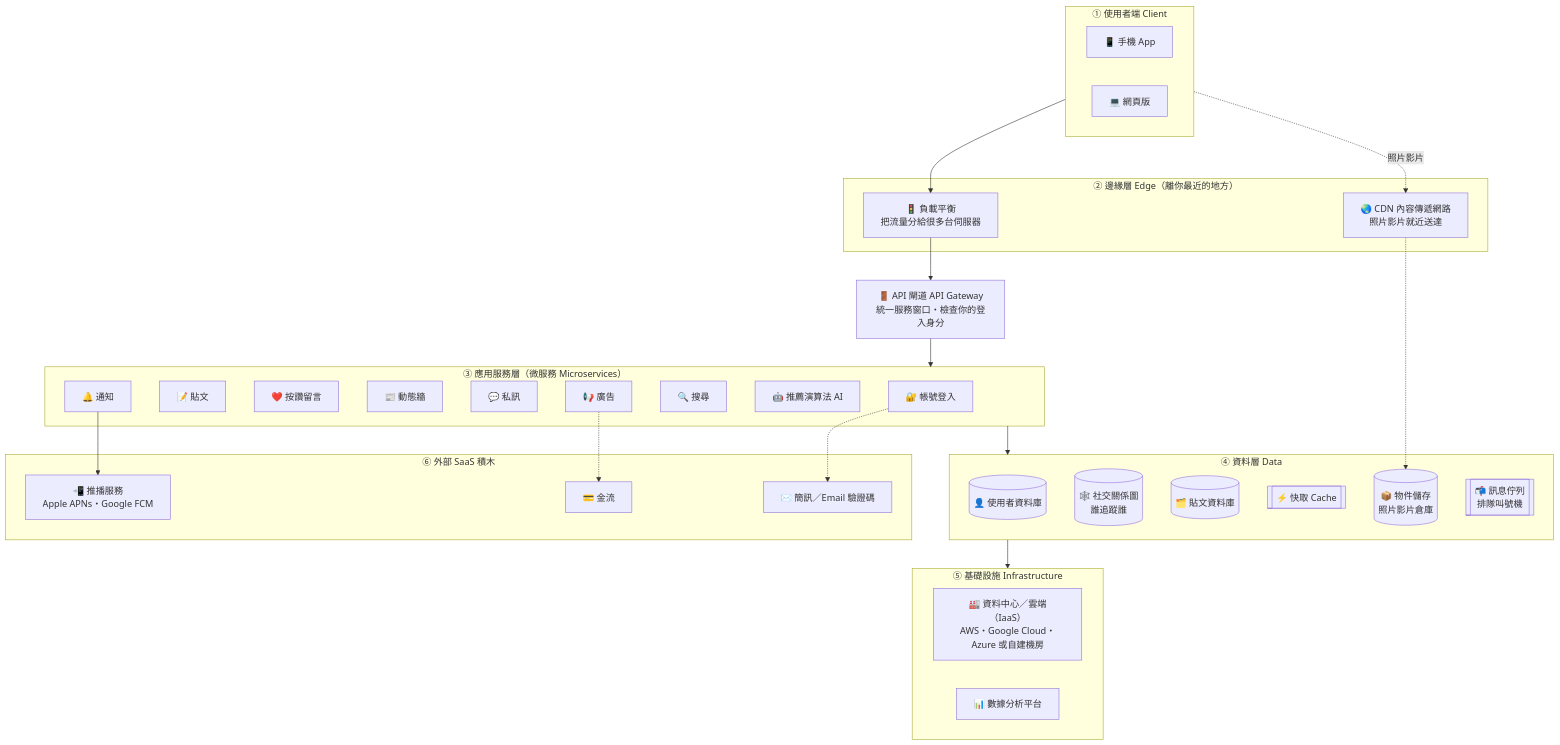
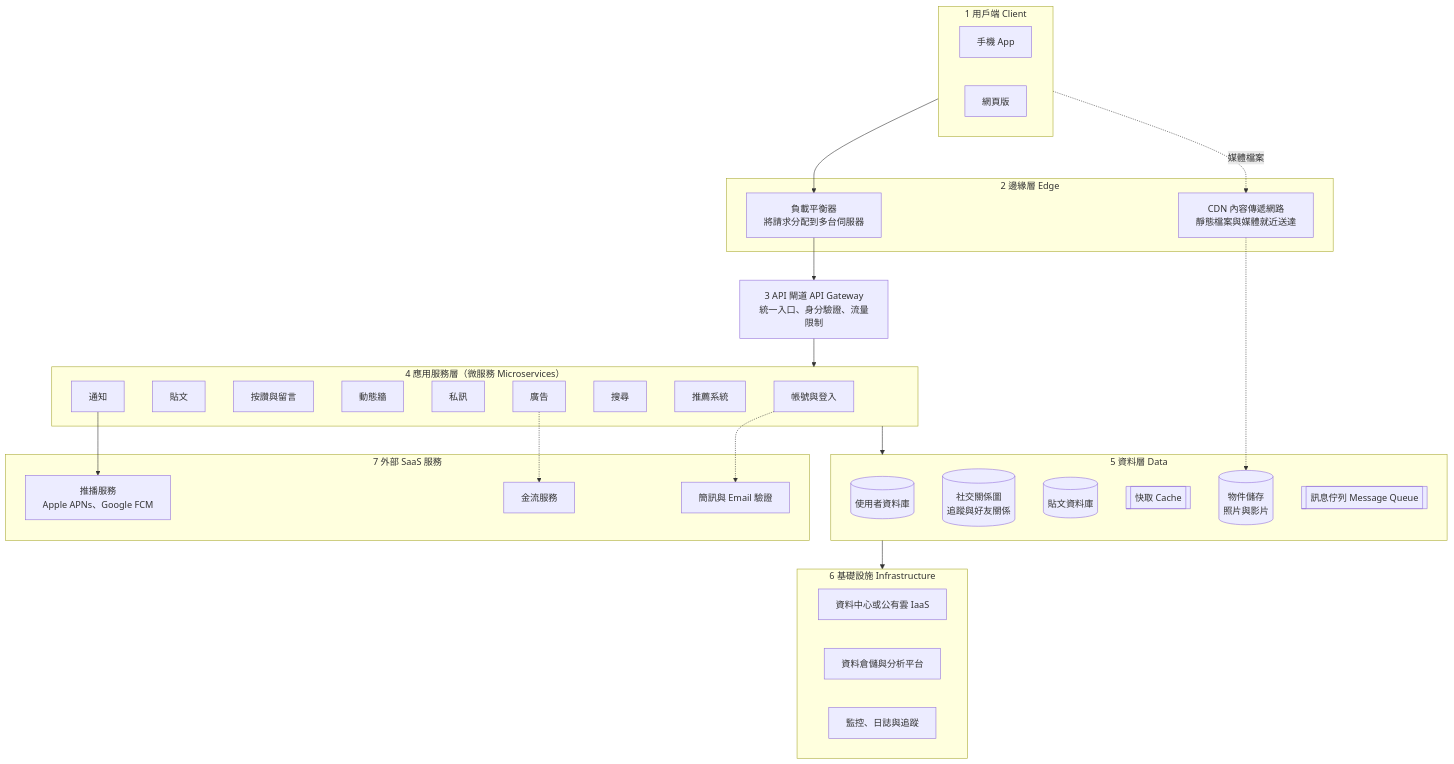
The first of 5 diagrams in lectures/wk01_1007_saas-storefront/social_media_architecture.md (cychiang-ntpu/VibeNTPU), drawn with Mermaid before and after one commit. The commit also changed other lines of this file and 43 other files, not shown here.

````diff
--- a/lectures/wk01_1007_saas-storefront/social_media_architecture.md
+++ b/lectures/wk01_1007_saas-storefront/social_media_architecture.md
@@ -33,53 +43,54 @@
 ```mermaid
 flowchart TB
-    subgraph L1["① 使用者端 Client"]
-        APP["📱 手機 App"]
-        WEB["💻 網頁版"]
+    subgraph L1["1 用戶端 Client"]
+        APP["手機 App"]
+        WEB["網頁版"]
     end
 
-    subgraph L2["② 邊緣層 Edge（離你最近的地方）"]
-        CDN["🌏 CDN 內容傳遞網路<br/>照片影片就近送達"]
-        LB["🚦 負載平衡<br/>把流量分給很多台伺服器"]
+    subgraph L2["2 邊緣層 Edge"]
+        CDN["CDN 內容傳遞網路<br/>靜態檔案與媒體就近送達"]
+        LB["負載平衡器<br/>將請求分配到多台伺服器"]
     end
 
-    GW["🚪 API 閘道 API Gateway<br/>統一服務窗口・檢查你的登入身分"]
+    GW["3 API 閘道 API Gateway<br/>統一入口、身分驗證、流量限制"]
 
-    subgraph L4["③ 應用服務層（微服務 Microservices）"]
-        AUTH["🔐 帳號登入"]
-        POST["📝 貼文"]
-        LIKE["❤️ 按讚留言"]
-        FEED["📰 動態牆"]
-        DM["💬 私訊"]
-        NOTI["🔔 通知"]
-        SEARCH["🔍 搜尋"]
-        REC["🤖 推薦演算法 AI"]
-        ADS["📢 廣告"]
+    subgraph L4["4 應用服務層（微服務 Microservices）"]
+        AUTH["帳號與登入"]
+        POST["貼文"]
+        LIKE["按讚與留言"]
+        FEED["動態牆"]
+        DM["私訊"]
+        NOTI["通知"]
+        SEARCH["搜尋"]
+        REC["推薦系統"]
+        ADS["廣告"]
     end
 
-    subgraph L5["④ 資料層 Data"]
-        UDB[("👤 使用者資料庫")]
-        GRAPH[("🕸️ 社交關係圖<br/>誰追蹤誰")]
-        PDB[("🗂️ 貼文資料庫")]
-        CACHE[["⚡ 快取 Cache"]]
-        OBJ[("📦 物件儲存<br/>照片影片倉庫")]
-        MQ[["📬 訊息佇列<br/>排隊叫號機"]]
+    subgraph L5["5 資料層 Data"]
+        UDB[("使用者資料庫")]
+        GRAPH[("社交關係圖<br/>追蹤與好友關係")]
+        PDB[("貼文資料庫")]
+        CACHE[["快取 Cache"]]
+        OBJ[("物件儲存<br/>照片與影片")]
+        MQ[["訊息佇列 Message Queue"]]
     end
 
-    subgraph L6["⑤ 基礎設施 Infrastructure"]
-        DC["🏭 資料中心／雲端（IaaS）<br/>AWS・Google Cloud・Azure 或自建機房"]
-        BI["📊 數據分析平台"]
+    subgraph L6["6 基礎設施 Infrastructure"]
+        DC["資料中心或公有雲 IaaS"]
+        BI["資料倉儲與分析平台"]
+        OBS["監控、日誌與追蹤"]
     end
 
-    subgraph L7["⑥ 外部 SaaS 積木"]
-        PUSH["📲 推播服務<br/>Apple APNs・Google FCM"]
-        PAY["💳 金流"]
-        SMS["✉️ 簡訊／Email 驗證碼"]
+    subgraph L7["7 外部 SaaS 服務"]
+        PUSH["推播服務<br/>Apple APNs、Google FCM"]
+        PAY["金流服務"]
+        SMS["簡訊與 Email 驗證"]
     end
 
     L1 --> LB --> GW --> L4
-    L1 -. "照片影片" .-> CDN -.-> OBJ
+    L1 -. "媒體檔案" .-> CDN -.-> OBJ
     L4 --> L5 --> L6
     NOTI --> PUSH
     AUTH -.-> SMS
     ADS -.-> PAY
 ```
````
